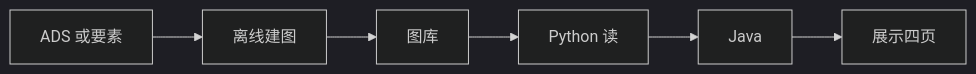
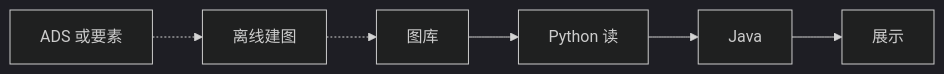
The second of 2 diagrams in agent-delivery/工程过程/04-系统集成/07-图数据库集成/技术方案.md (Marisolebxf/-), drawn with Mermaid (dark theme) before and after one commit. The commit also changed other lines of this file and 15 other files, not shown here.

````diff
--- a/agent-delivery/工程过程/04-系统集成/07-图数据库集成/技术方案.md
+++ b/agent-delivery/工程过程/04-系统集成/07-图数据库集成/技术方案.md
@@ -45,8 +151,8 @@
 ```mermaid
 flowchart LR
-  ADS[ADS 或要素] --> JOB[离线建图]
-  JOB --> G[图库]
+  ADS[ADS 或要素] -.-> JOB[离线建图]
+  JOB -.-> G[图库]
   G --> PY[Python 读]
   PY --> J[Java]
-  J --> FE[展示四页]
+  J --> FE[展示]
 ```
````
